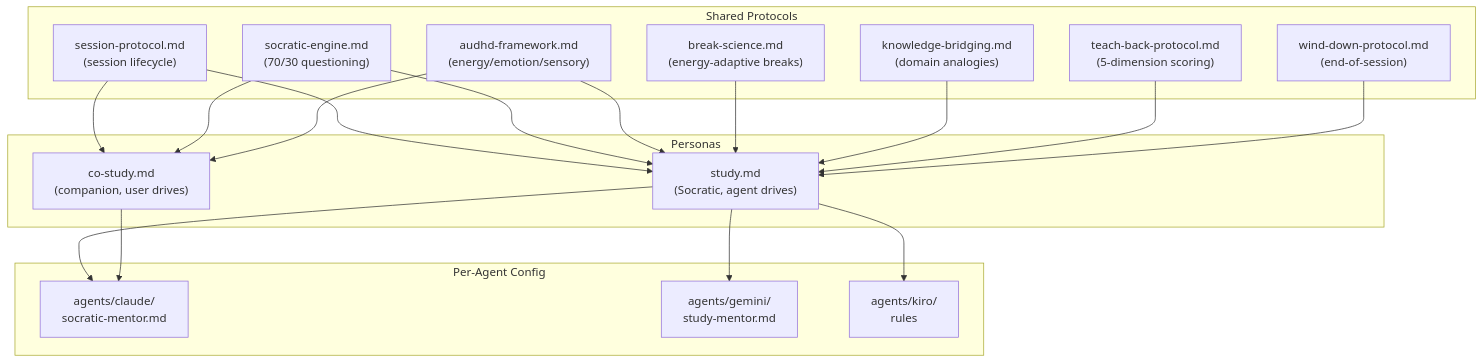
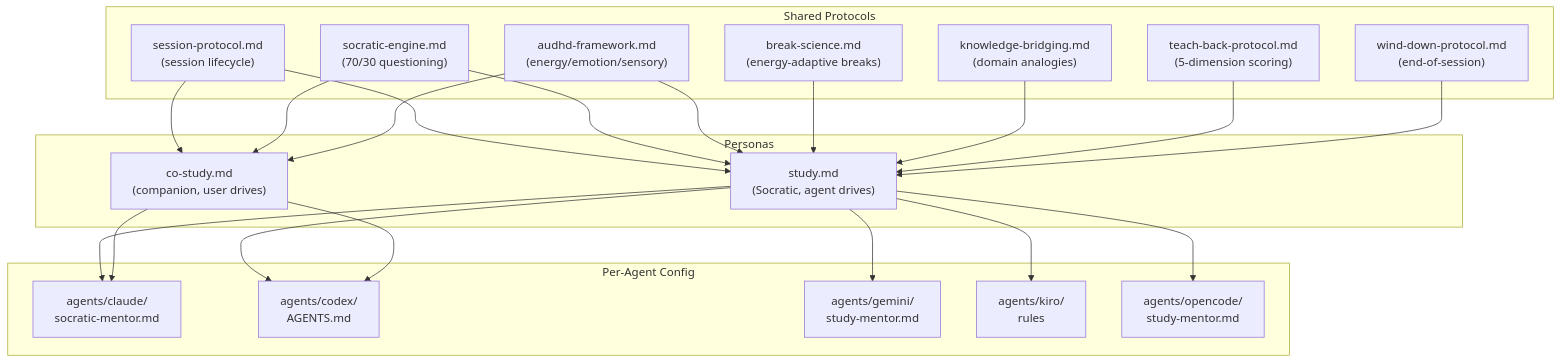
Before and after one commit to NetDevAutomate/StudyLoop: the eighth of 9 diagrams in docs/system-overview.md, drawn with Mermaid. The commit also changed other lines of this file and 8 other files, not shown here.

Commit message:
docs: refresh architecture and release docs

````diff
--- a/docs/system-overview.md
+++ b/docs/system-overview.md
@@ -422,39 +429,44 @@
 ```mermaid
 flowchart TB
     subgraph "Shared Protocols"
         SP["session-protocol.md<br/>(session lifecycle)"]
         SE["socratic-engine.md<br/>(70/30 questioning)"]
         AF["audhd-framework.md<br/>(energy/emotion/sensory)"]
         BS["break-science.md<br/>(energy-adaptive breaks)"]
         KB["knowledge-bridging.md<br/>(domain analogies)"]
         TB["teach-back-protocol.md<br/>(5-dimension scoring)"]
         WD["wind-down-protocol.md<br/>(end-of-session)"]
     end
 
     subgraph "Personas"
         PS["study.md<br/>(Socratic, agent drives)"]
         PC["co-study.md<br/>(companion, user drives)"]
     end
 
     subgraph "Per-Agent Config"
         CLAUDE["agents/claude/<br/>socratic-mentor.md"]
+        CODEX["agents/codex/<br/>AGENTS.md"]
         GEMINI["agents/gemini/<br/>study-mentor.md"]
         KIRO["agents/kiro/<br/>rules"]
+        OPENCODE["agents/opencode/<br/>study-mentor.md"]
     end
 
     SP --> PS
     SP --> PC
     SE --> PS
     SE --> PC
     AF --> PS
     AF --> PC
     BS --> PS
     KB --> PS
     TB --> PS
     WD --> PS
 
     PS --> CLAUDE
     PC --> CLAUDE
+    PS --> CODEX
+    PC --> CODEX
     PS --> GEMINI
     PS --> KIRO
+    PS --> OPENCODE
 ```
````
